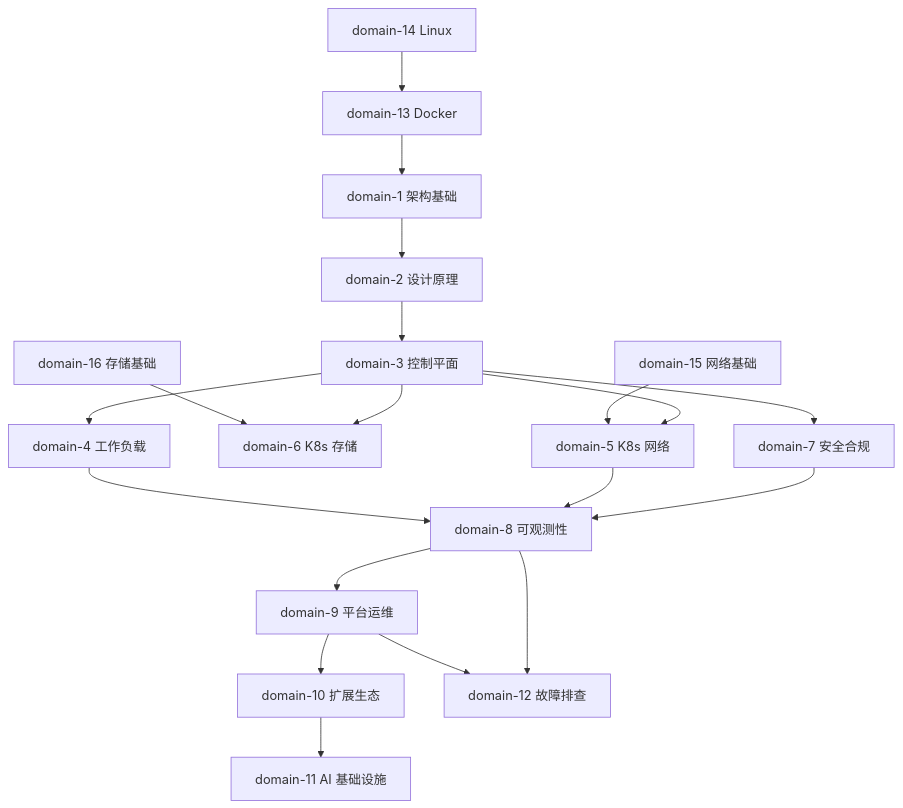
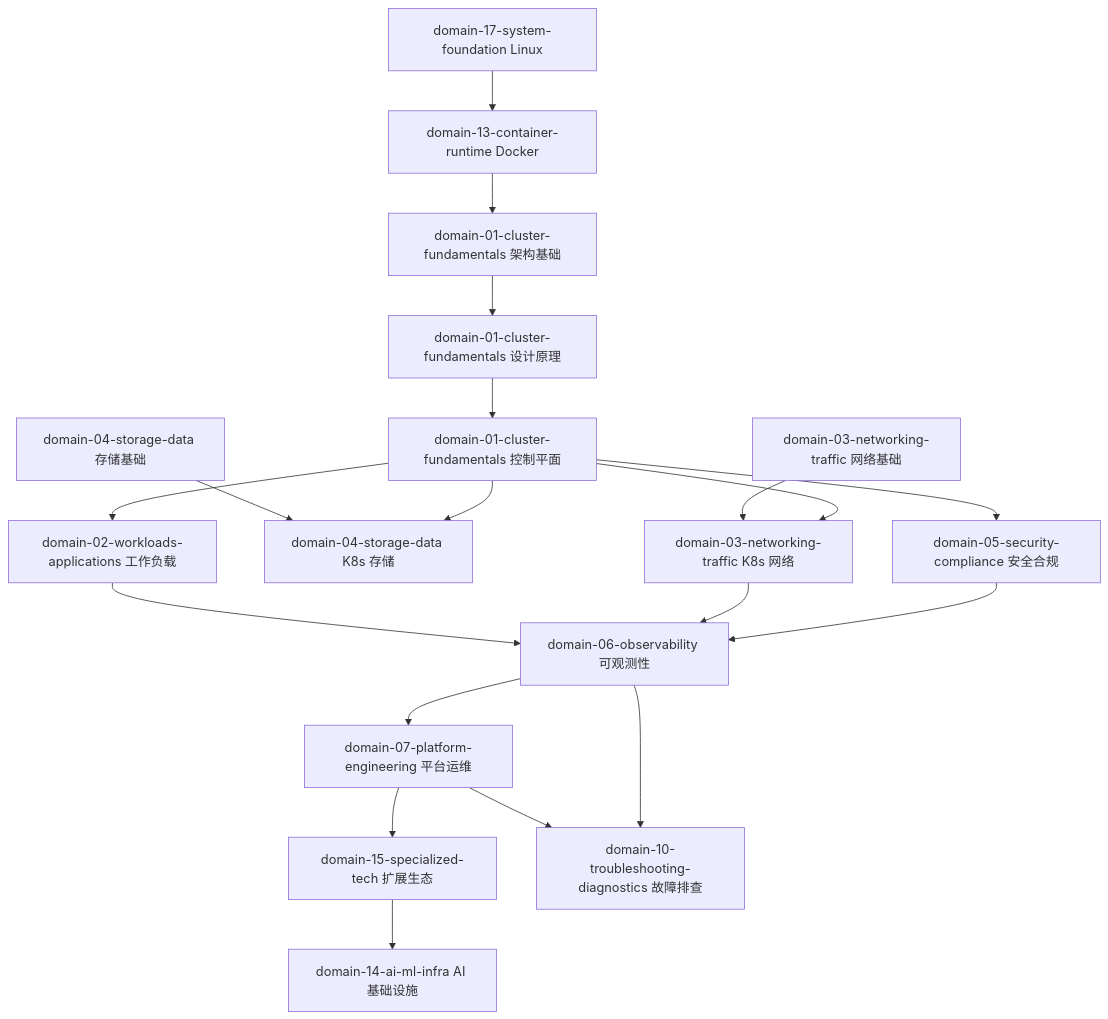
Before and after one commit to kudig-io/kudig-database: the first of 3 diagrams in metadata/knowledge-map.md, drawn with Mermaid. The commit also changed other lines of this file and 8283 other files, not shown here.

````diff
--- a/metadata/knowledge-map.md
+++ b/metadata/knowledge-map.md
@@ -32,27 +34,27 @@
 ```mermaid
 graph TD
-    LINUX[domain-14 Linux] --> DOCKER[domain-13 Docker]
-    NET_FUND[domain-15 网络基础] --> K8S_NET[domain-5 K8s 网络]
-    STORE_FUND[domain-16 存储基础] --> K8S_STORE[domain-6 K8s 存储]
+    LINUX[domain-17-system-foundation Linux] --> DOCKER[domain-13-container-runtime Docker]
+    NET_FUND[domain-03-networking-traffic 网络基础] --> K8S_NET[domain-03-networking-traffic K8s 网络]
+    STORE_FUND[domain-04-storage-data 存储基础] --> K8S_STORE[domain-04-storage-data K8s 存储]
     
-    DOCKER --> ARCH[domain-1 架构基础]
-    ARCH --> DESIGN[domain-2 设计原理]
-    DESIGN --> CTRL[domain-3 控制平面]
+    DOCKER --> ARCH[domain-01-cluster-fundamentals 架构基础]
+    ARCH --> DESIGN[domain-01-cluster-fundamentals 设计原理]
+    DESIGN --> CTRL[domain-01-cluster-fundamentals 控制平面]
     
-    CTRL --> WORKLOAD[domain-4 工作负载]
+    CTRL --> WORKLOAD[domain-02-workloads-applications 工作负载]
     CTRL --> K8S_NET
     CTRL --> K8S_STORE
-    CTRL --> SEC[domain-7 安全合规]
+    CTRL --> SEC[domain-05-security-compliance 安全合规]
     
-    WORKLOAD --> OBS[domain-8 可观测性]
+    WORKLOAD --> OBS[domain-06-observability 可观测性]
     K8S_NET --> OBS
     SEC --> OBS
     
-    OBS --> PLAT[domain-9 平台运维]
-    PLAT --> EXT[domain-10 扩展生态]
+    OBS --> PLAT[domain-07-platform-engineering 平台运维]
+    PLAT --> EXT[domain-15-specialized-tech 扩展生态]
     
-    PLAT --> TS[domain-12 故障排查]
+    PLAT --> TS[domain-10-troubleshooting-diagnostics 故障排查]
     OBS --> TS
     
-    EXT --> AI[domain-11 AI 基础设施]
+    EXT --> AI[domain-14-ai-ml-infra AI 基础设施]
 ```
````
